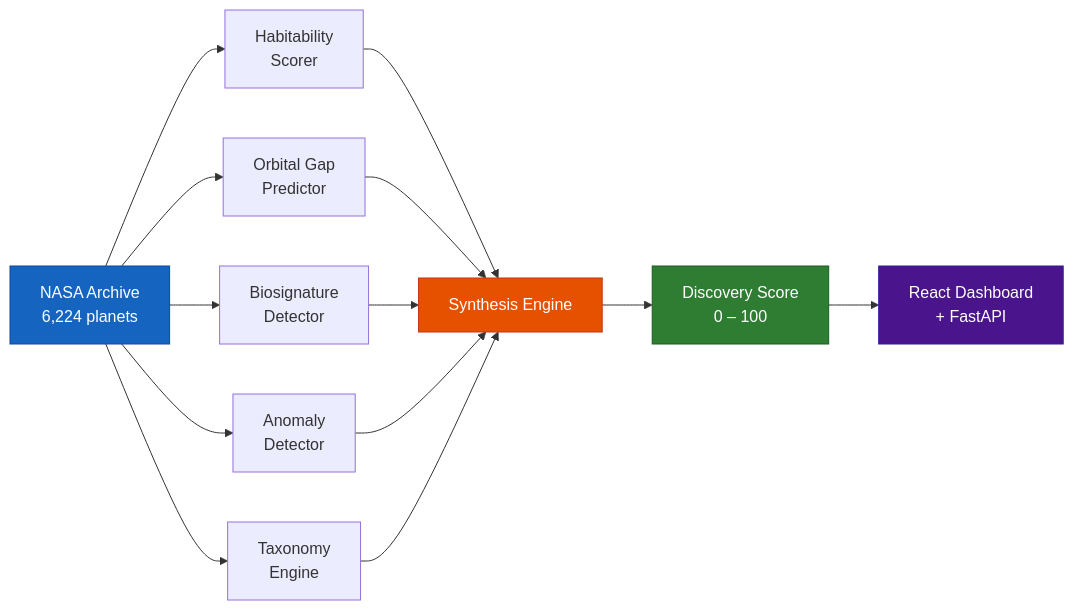
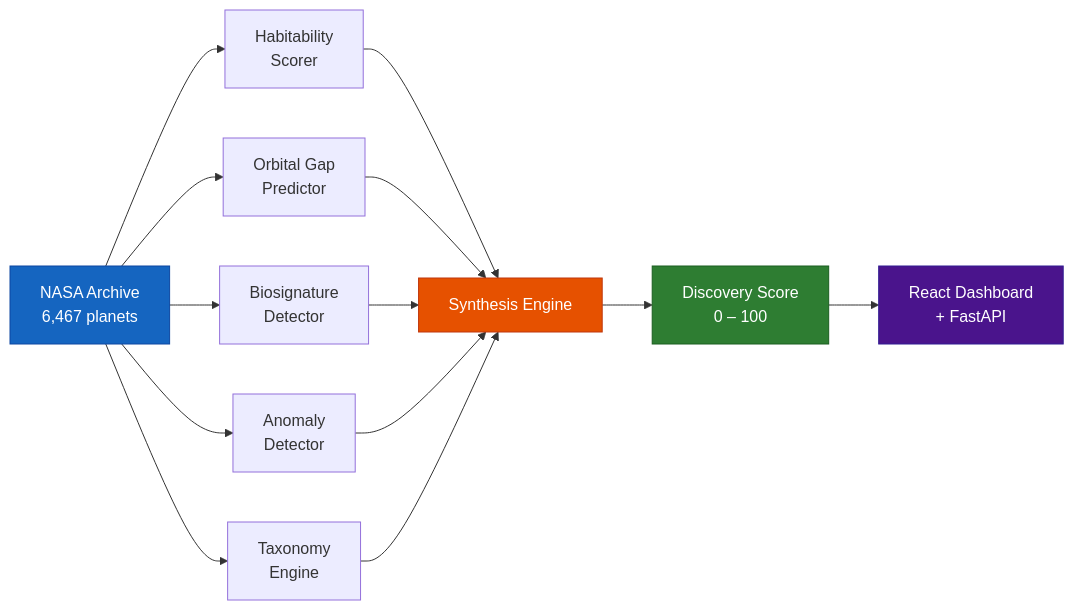
The first of 4 diagrams in README.md (yoohooshantanu/Exo), drawn with Mermaid before and after one commit. The commit also changed other lines of this file and 6 other files, not shown here.

````diff
--- a/README.md
+++ b/README.md
@@ -7,22 +7,22 @@
 ```mermaid
 flowchart LR
-    A["NASA Archive\n6,224 planets"] --> B["Habitability\nScorer"]
+    A["NASA Archive\n6,467 planets"] --> B["Habitability\nScorer"]
     A --> C["Orbital Gap\nPredictor"]
     A --> D["Biosignature\nDetector"]
     A --> E["Anomaly\nDetector"]
     A --> F["Taxonomy\nEngine"]
 
     B --> G["Synthesis Engine"]
     C --> G
     D --> G
     E --> G
     F --> G
 
     G --> H["Discovery Score\n0 – 100"]
     H --> I["React Dashboard\n+ FastAPI"]
 
     style A fill:#1565c0,color:#fff,stroke:#0d47a1
     style G fill:#e65100,color:#fff,stroke:#bf360c
     style H fill:#2e7d32,color:#fff,stroke:#1b5e20
     style I fill:#4a148c,color:#fff,stroke:#311b92
 ```
````
